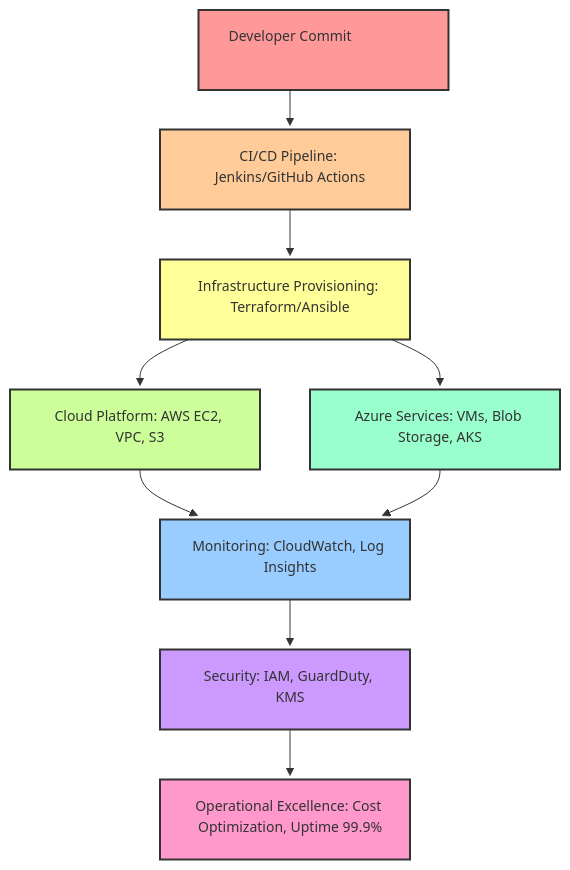
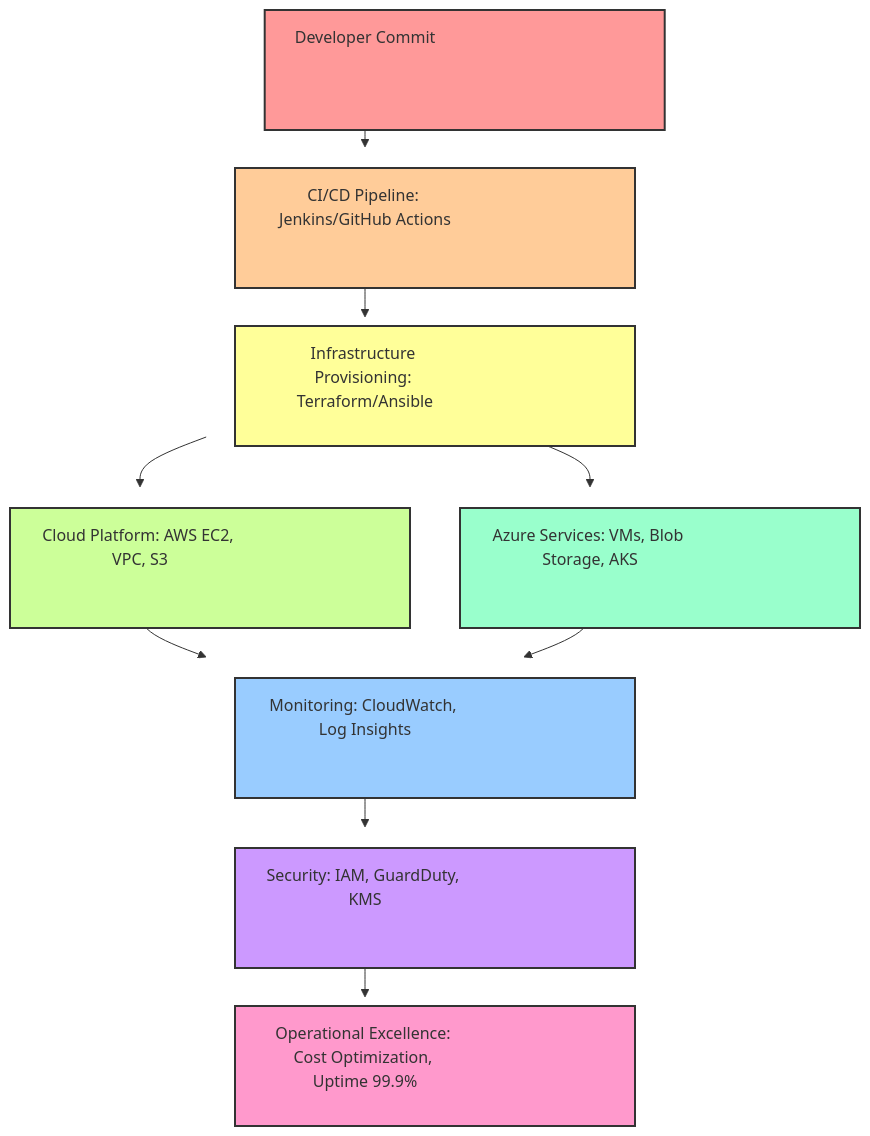
The diagram in README.md (aliceekane/aliceekane-portfolio), drawn with Mermaid before and after one commit.

````diff
--- a/README.md
+++ b/README.md
@@ -71,26 +71,26 @@
 ```mermaid
 flowchart TD
     A[Developer Commit]:::bigbox --> B[CI/CD Pipeline: Jenkins/GitHub Actions]:::bigbox
     B --> C[Infrastructure Provisioning: Terraform/Ansible]:::bigbox
     C --> D[Cloud Platform: AWS EC2, VPC, S3]:::bigbox
     C --> E[Azure Services: VMs, Blob Storage, AKS]:::bigbox
     D --> F[Monitoring: CloudWatch, Log Insights]:::bigbox
     E --> F
     F --> G[Security: IAM, GuardDuty, KMS]:::bigbox
     G --> H[Operational Excellence: Cost Optimization, Uptime 99.9%]:::bigbox
 
     %% Assigning different colors to each box
     style A fill:#FF9999,stroke:#333,stroke-width:2px
     style B fill:#FFCC99,stroke:#333,stroke-width:2px
     style C fill:#FFFF99,stroke:#333,stroke-width:2px
     style D fill:#CCFF99,stroke:#333,stroke-width:2px
     style E fill:#99FFCC,stroke:#333,stroke-width:2px
     style F fill:#99CCFF,stroke:#333,stroke-width:2px
     style G fill:#CC99FF,stroke:#333,stroke-width:2px
     style H fill:#FF99CC,stroke:#333,stroke-width:2px
 
-    %% Define a reusable class for bigger boxes
-    classDef bigbox width:250px,height:80px,font-size:14px;
+    %% Define a reusable class for extra-large boxes
+    classDef bigbox width:400px,height:120px,font-size:16px;
 
 
 ```
````
